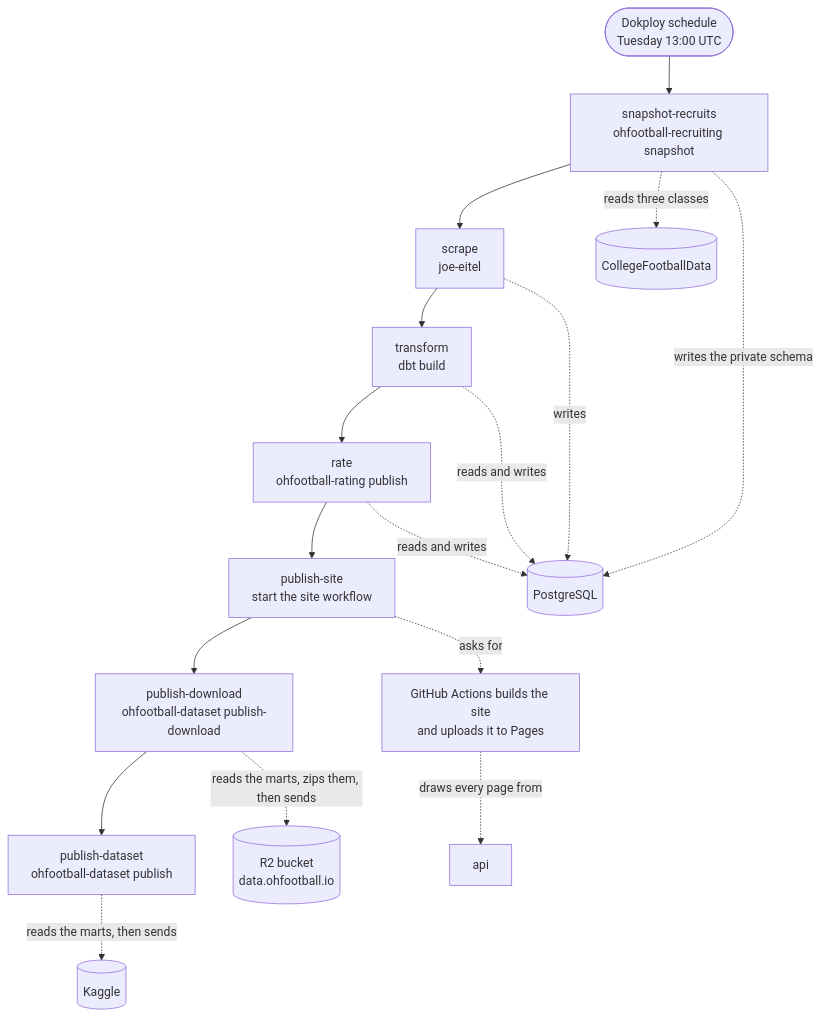
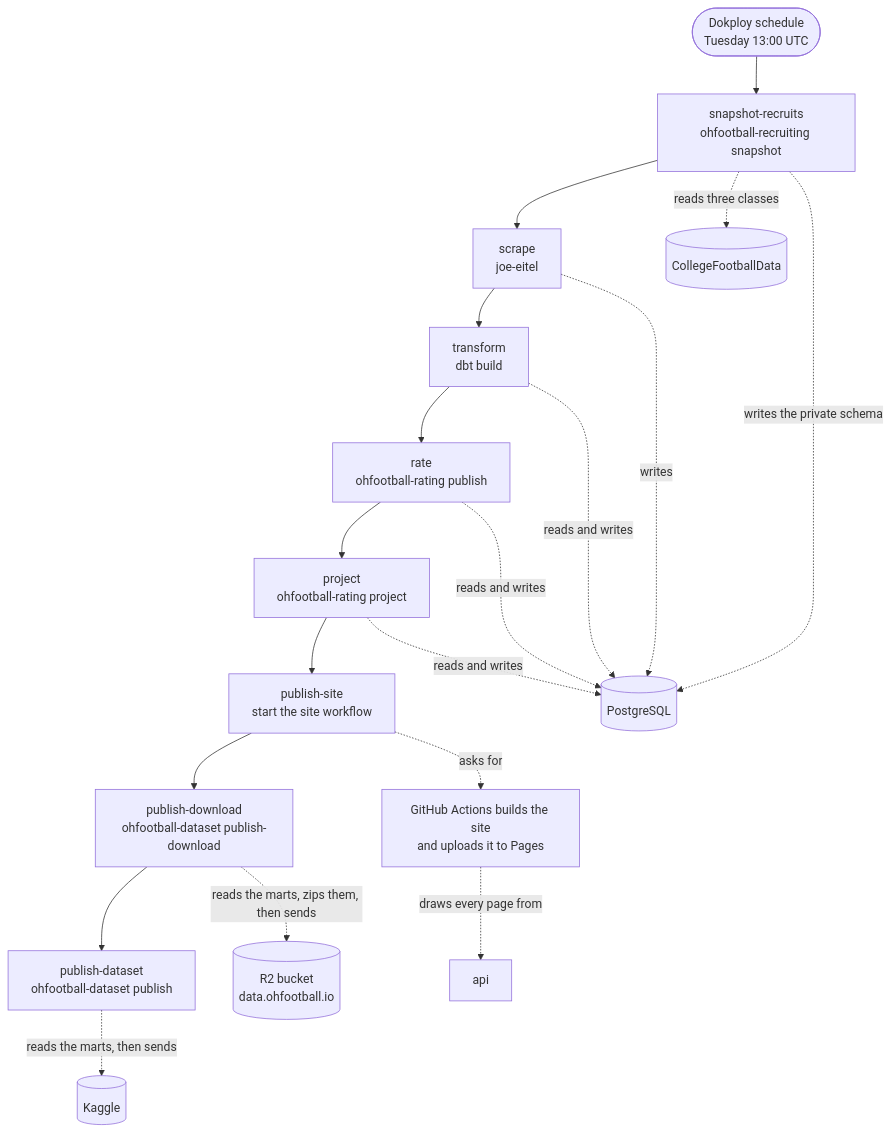
Before and after one commit to StephenODea54/ohfootball.io: the third of 4 diagrams in docs/architecture.md, drawn with Mermaid. The commit also changed other lines of this file and 10 other files, not shown here.

````diff
--- a/docs/architecture.md
+++ b/docs/architecture.md
@@ -167,27 +167,29 @@
 ```mermaid
 flowchart TD
     cron(["Dokploy schedule<br/>Tuesday 13:00 UTC"]) --> snapshot
 
     snapshot["snapshot-recruits<br/>ohfootball-recruiting snapshot"] --> scrape
     scrape["scrape<br/>joe-eitel"] --> transform["transform<br/>dbt build"]
     transform --> rate["rate<br/>ohfootball-rating publish"]
-    rate --> site["publish-site<br/>start the site workflow"]
+    rate --> project["project<br/>ohfootball-rating project"]
+    project --> site["publish-site<br/>start the site workflow"]
     site --> download["publish-download<br/>ohfootball-dataset publish-download"]
     download --> dataset["publish-dataset<br/>ohfootball-dataset publish"]
 
     warehouse[("PostgreSQL")]
     cfbd[("CollegeFootballData")]
     build["GitHub Actions builds the site<br/>and uploads it to Pages"]
     r2[("R2 bucket<br/>data.ohfootball.io")]
     kaggle[("Kaggle")]
 
     snapshot -. reads three classes .-> cfbd
     snapshot -. writes the private schema .-> warehouse
     scrape -. writes .-> warehouse
     transform -. reads and writes .-> warehouse
     rate -. reads and writes .-> warehouse
+    project -. reads and writes .-> warehouse
     site -. asks for .-> build
     build -. draws every page from .-> api["api"]
     download -. reads the marts, zips them, then sends .-> r2
     dataset -. reads the marts, then sends .-> kaggle
 ```
````
